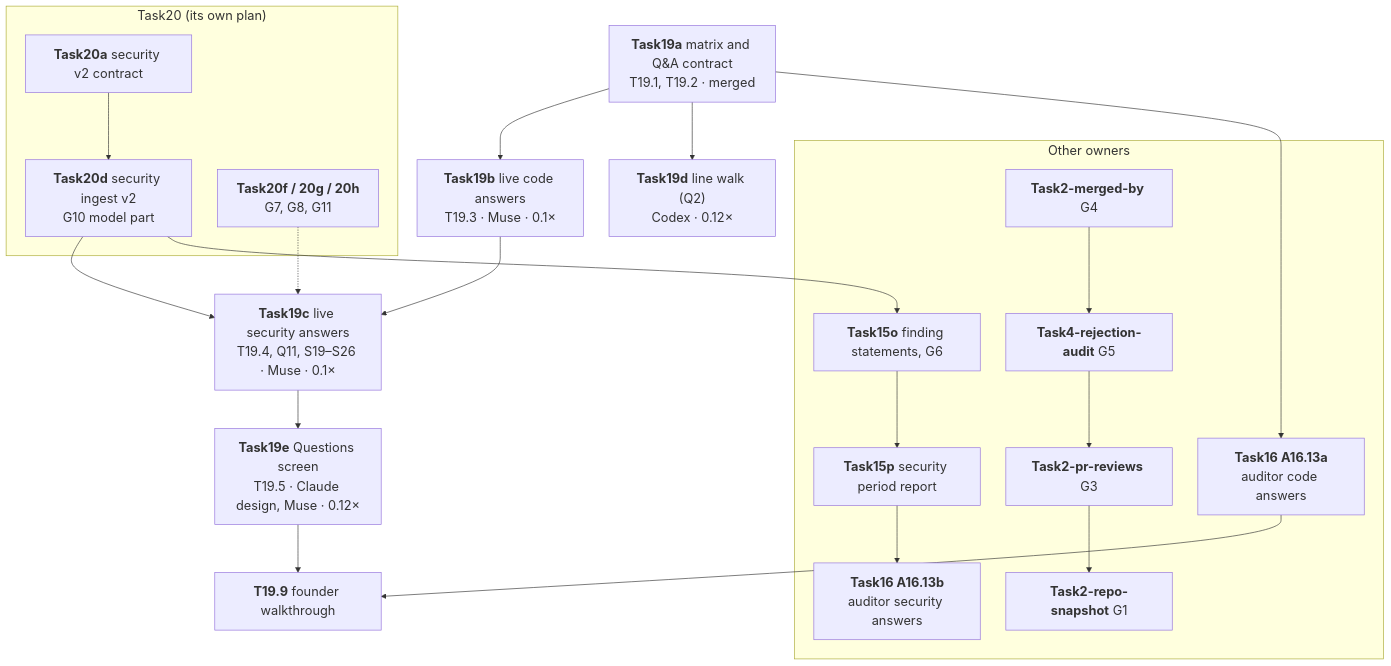
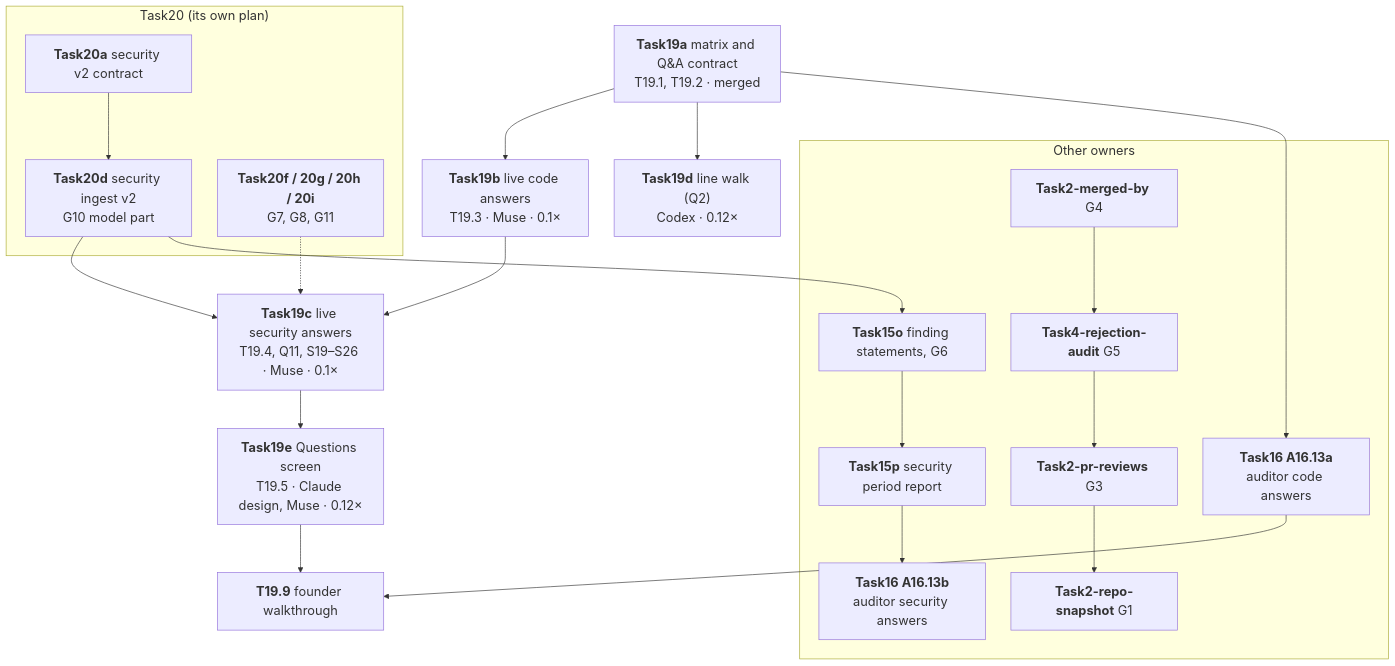
Before and after one commit to mahamannu-ux/TrackAI-V1: the diagram in docs/plan/TASK19.md, drawn with Mermaid. The commit also changed other lines of this file and 6 other files, not shown here.

````diff
--- a/docs/plan/TASK19.md
+++ b/docs/plan/TASK19.md
@@ -218,32 +218,32 @@
 ```mermaid
 %%{init: {"flowchart": {"nodeSpacing": 40, "rankSpacing": 60}, "themeVariables": {"fontSize": "20px"}}}%%
 flowchart TB
   A["<b>Task19a</b> matrix and Q&A contract<br/>T19.1, T19.2 · merged"]
   B["<b>Task19b</b> live code answers<br/>T19.3 · Muse · 0.1×"]
   D["<b>Task19d</b> line walk (Q2)<br/>Codex · 0.12×"]
   C["<b>Task19c</b> live security answers<br/>T19.4, Q11, S19–S26 · Muse · 0.1×"]
   E["<b>Task19e</b> Questions screen<br/>T19.5 · Claude design, Muse · 0.12×"]
   W["<b>T19.9</b> founder walkthrough"]
   subgraph T20["Task20 (its own plan)"]
     X["<b>Task20a</b> security v2 contract"]
     Y["<b>Task20d</b> security ingest v2<br/>G10 model part"]
-    Z["<b>Task20f / 20g / 20h</b><br/>G7, G8, G11"]
+    Z["<b>Task20f / 20g / 20h / 20i</b><br/>G7, G8, G11"]
   end
   subgraph Other["Other owners"]
     G4["<b>Task2-merged-by</b> G4"]
     G5["<b>Task4-rejection-audit</b> G5"]
     G3["<b>Task2-pr-reviews</b> G3"]
     G1["<b>Task2-repo-snapshot</b> G1"]
     O["<b>Task15o</b> finding statements, G6"]
     P["<b>Task15p</b> security period report"]
     A13a["<b>Task16 A16.13a</b><br/>auditor code answers"]
     A13b["<b>Task16 A16.13b</b><br/>auditor security answers"]
   end
   A --> B --> C --> E --> W
   A --> D
   A --> A13a --> W
   X --> Y --> C
   Y --> O --> P --> A13b
   Z -.-> C
   G4 --> G5 --> G3 --> G1
 ```
````
